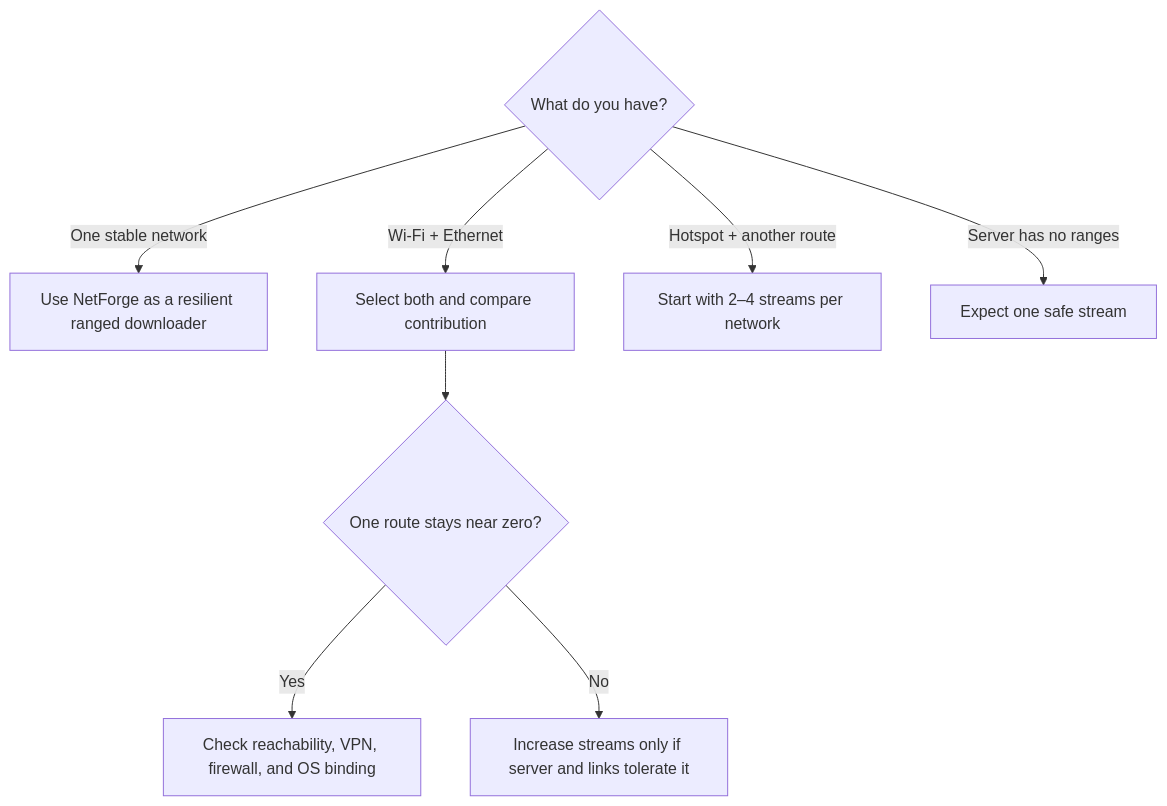
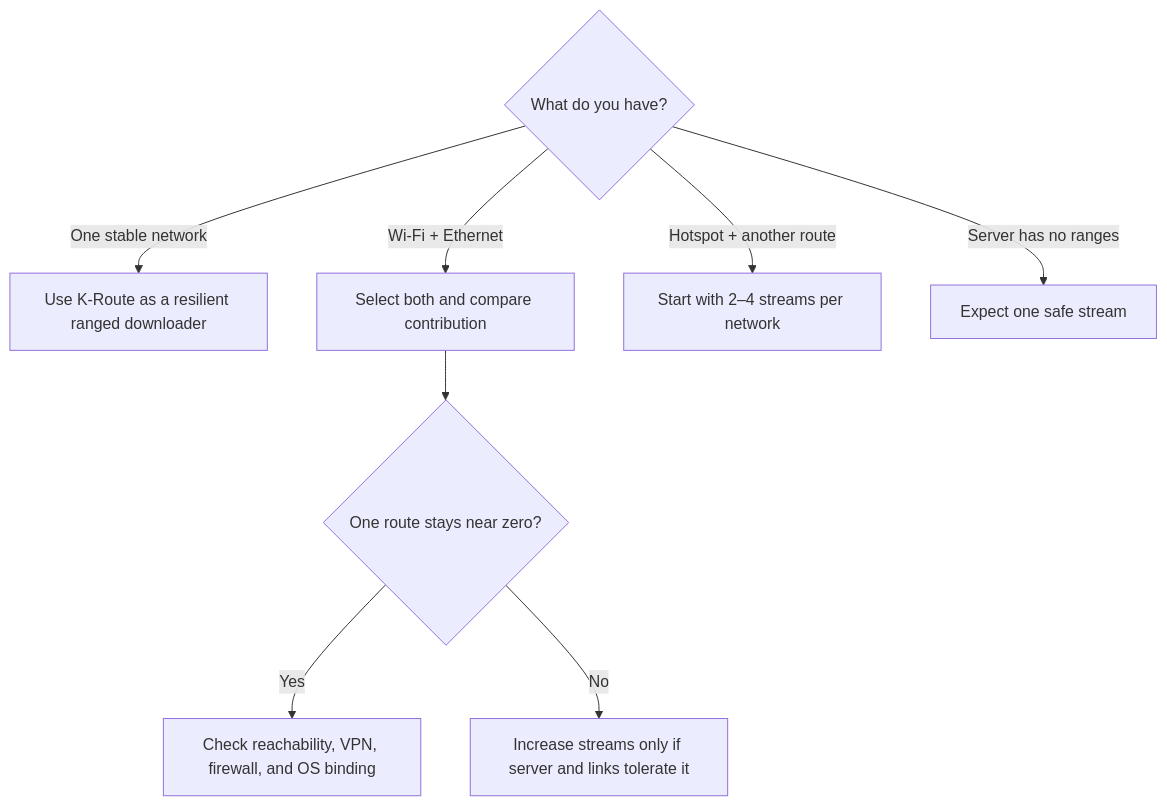
One commit to krish2214/k-route changed the fourth of 4 diagrams in README.md. Above: the diagram before and after it, drawn with Mermaid. The commit also changed other lines of this file and 38 other files, not shown here.

````diff
--- a/README.md
+++ b/README.md
@@ -196,11 +196,11 @@
 ```mermaid
 flowchart TD
     S{What do you have?}
-    S -->|One stable network| O[Use NetForge as a resilient ranged downloader]
+    S -->|One stable network| O[Use K-Route as a resilient ranged downloader]
     S -->|Wi-Fi + Ethernet| M[Select both and compare contribution]
     S -->|Hotspot + another route| T[Start with 2–4 streams per network]
     S -->|Server has no ranges| L[Expect one safe stream]
     M --> R{One route stays near zero?}
     R -->|Yes| X[Check reachability, VPN, firewall, and OS binding]
     R -->|No| Y[Increase streams only if server and links tolerate it]
 ```
````
